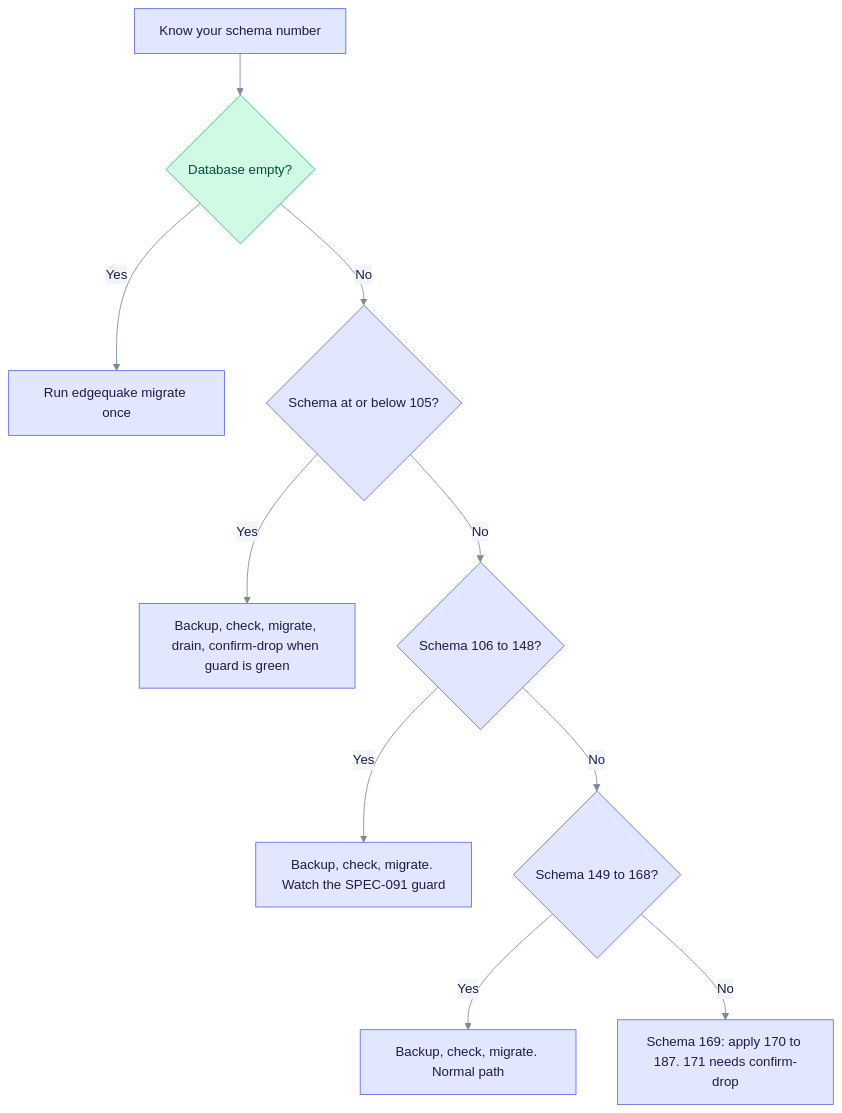
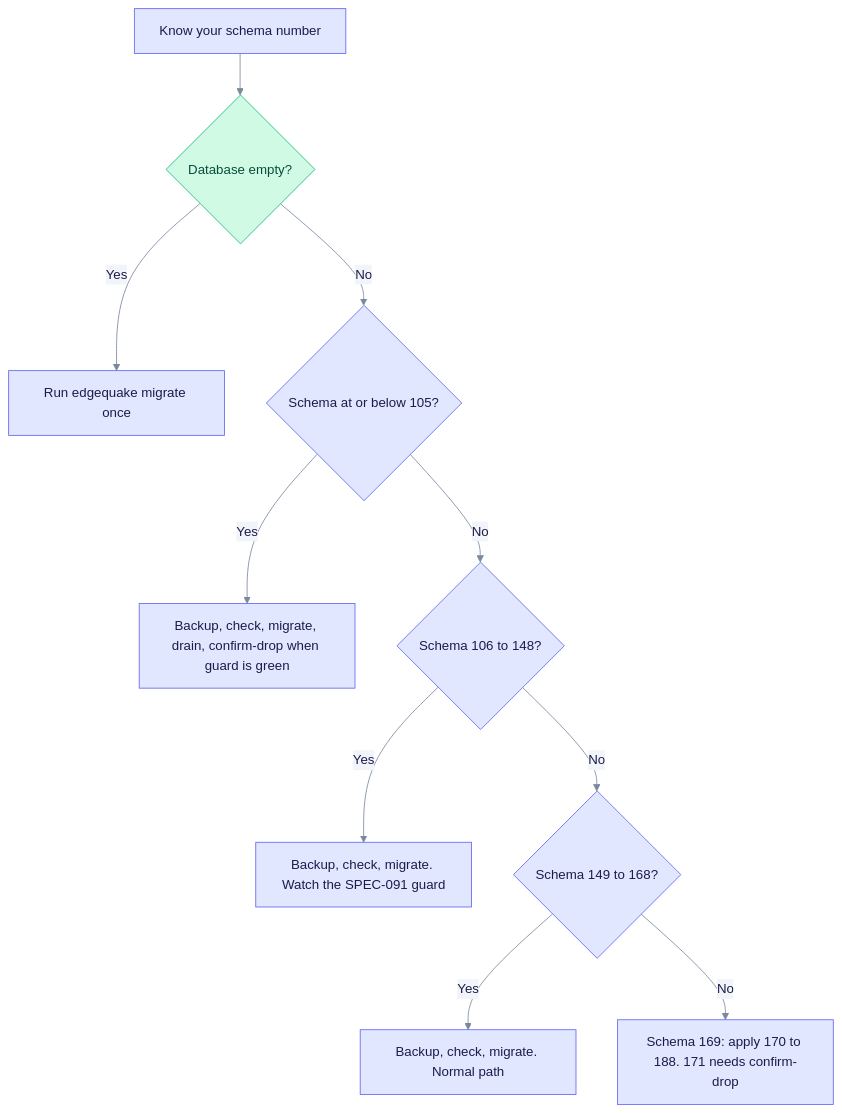
The first of 3 diagrams in docs/operations/upgrading.md (YatchiYa/edgequake), drawn with Mermaid before and after one commit. The commit also changed other lines of this file and 9 other files, not shown here.

````diff
--- a/docs/operations/upgrading.md
+++ b/docs/operations/upgrading.md
@@ -24,17 +24,17 @@
 ```mermaid
 %%{init: {"theme":"base","themeVariables":{"primaryColor":"#E0E7FF","primaryBorderColor":"#6366F1","primaryTextColor":"#1E1B4B","secondaryColor":"#D1FAE5","secondaryBorderColor":"#10B981","secondaryTextColor":"#064E3B","tertiaryColor":"#FEF3C7","tertiaryBorderColor":"#F59E0B","tertiaryTextColor":"#6B7A90","lineColor":"#7A889C","clusterBkg":"rgba(99,102,241,0.07)","clusterBorder":"#A5B4FC","noteBkgColor":"#FEF9C3","noteTextColor":"#422006","textColor":"#6B7A90","titleColor":"#6B7A90","signalColor":"#7A889C","signalTextColor":"#6B7A90","loopTextColor":"#6B7A90","edgeLabelBackground":"#F1F5F9","actorLineColor":"#94A3B8"}}}%%
 %% eq-theme:v1
 flowchart TD
   A["Know your schema number"] --> B{"Database empty?"}
   B -->|Yes| C["Run edgequake migrate once"]
   B -->|No| D{"Schema at or below 105?"}
   D -->|Yes| E["Backup, check, migrate, drain, confirm-drop when guard is green"]
   D -->|No| F{"Schema 106 to 148?"}
   F -->|Yes| G["Backup, check, migrate. Watch the SPEC-091 guard"]
   F -->|No| H{"Schema 149 to 168?"}
   H -->|Yes| I["Backup, check, migrate. Normal path"]
-  H -->|No| J["Schema 169: apply 170 to 187. 171 needs confirm-drop"]
+  H -->|No| J["Schema 169: apply 170 to 188. 171 needs confirm-drop"]
 %% eq-classes
 classDef eqStore fill:#D1FAE5,stroke:#10B981,color:#064E3B
 class B eqStore
 ```
````
